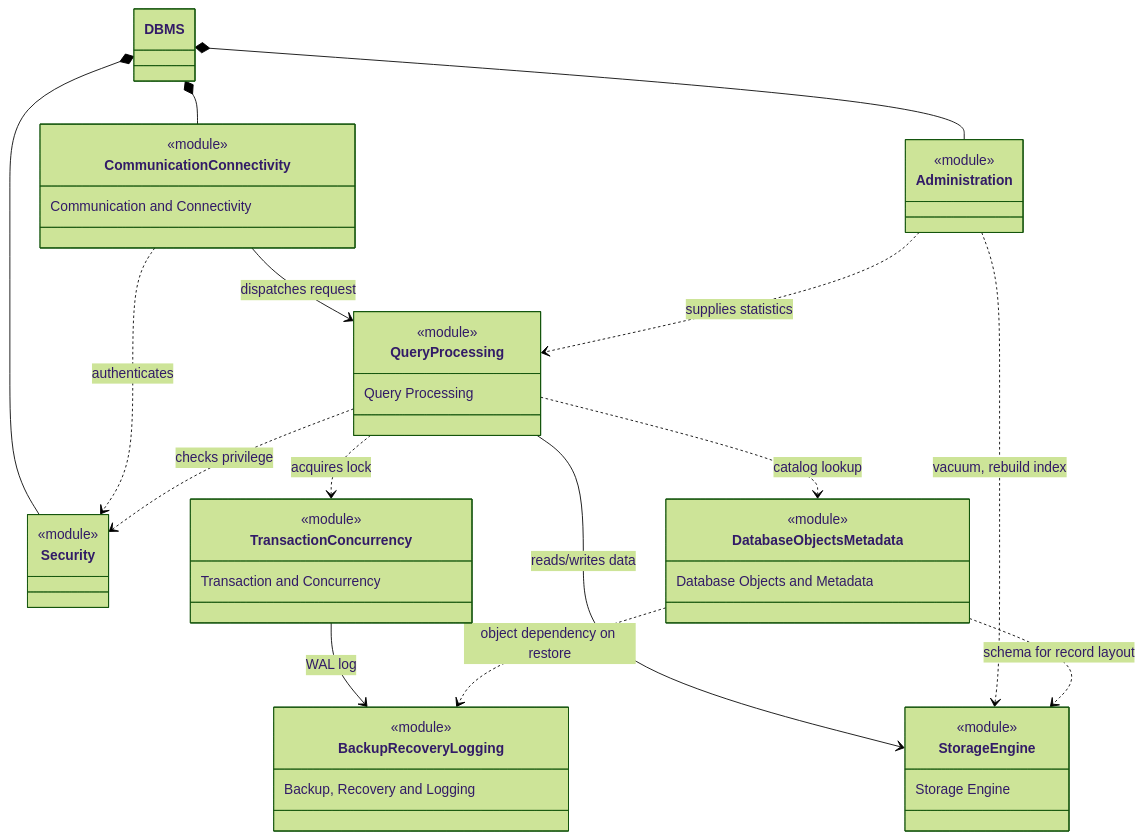
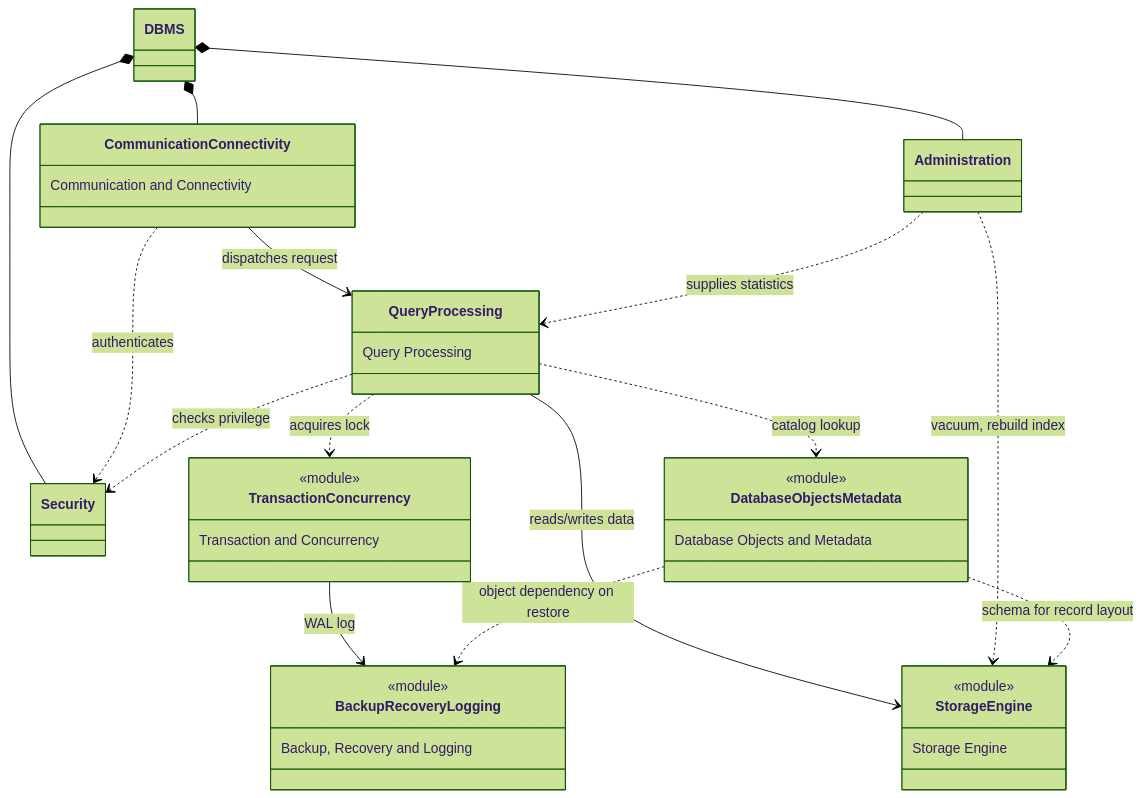
One commit to Ricky13170/DBMS changed the diagram in da.md. Above: the diagram before and after it, drawn with Mermaid (forest theme).

````diff
--- a/da.md
+++ b/da.md
@@ -12,73 +12,69 @@
 ```mermaid
 classDiagram
     direction TB
 
     class DBMS {
     }
 
     class CommunicationConnectivity {
-        <<module>>
         Communication and Connectivity
     }
 
     class Security {
-        <<module>>
     }
 
     class Administration {
-        <<module>>
     }
 
     class QueryProcessing {
-        <<module>>
         Query Processing
     }
 
     class TransactionConcurrency {
         <<module>>
         Transaction and Concurrency
     }
 
     class BackupRecoveryLogging {
         <<module>>
         Backup, Recovery and Logging
     }
 
     class StorageEngine {
         <<module>>
         Storage Engine
     }
 
     class DatabaseObjectsMetadata {
         <<module>>
         Database Objects and Metadata
     }
 
     %% --- DBMS Composition (explicit diamonds) ---
     DBMS *-- CommunicationConnectivity
     DBMS *-- Security
     DBMS *-- Administration
 
     %% --- Main request pipeline ---
     CommunicationConnectivity --> QueryProcessing : dispatches request
 
     %% --- Security cross-cutting ---
     CommunicationConnectivity ..> Security : authenticates
     QueryProcessing ..> Security : checks privilege
 
     %% --- Query to lower layers ---
     QueryProcessing ..> TransactionConcurrency : acquires lock
     QueryProcessing --> StorageEngine : reads/writes data
     QueryProcessing ..> DatabaseObjectsMetadata : catalog lookup
 
     %% --- Transaction to WAL ---
     TransactionConcurrency --> BackupRecoveryLogging : WAL log
 
     %% --- Administration support ---
     Administration ..> QueryProcessing : supplies statistics
     Administration ..> StorageEngine : vacuum, rebuild index
 
     %% --- Metadata support ---
     DatabaseObjectsMetadata ..> StorageEngine : schema for record layout
     DatabaseObjectsMetadata ..> BackupRecoveryLogging : object dependency on restore
 ```
````
